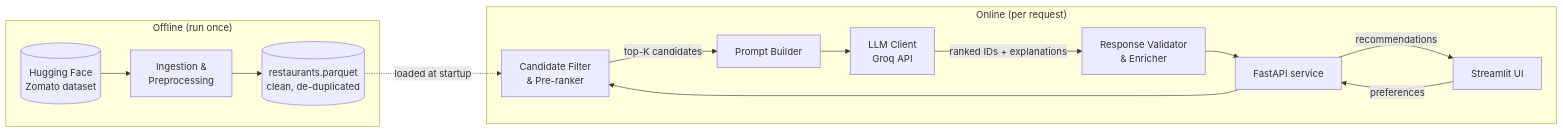
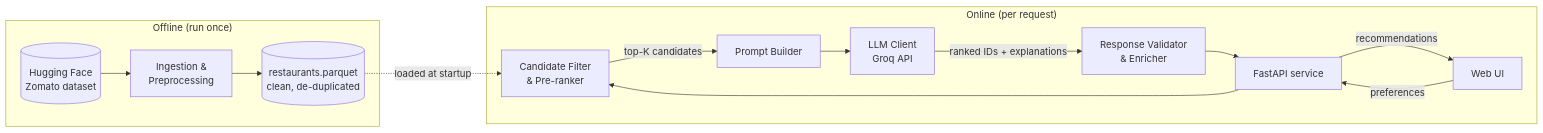
Before and after one commit to akashtickoo/ZomatoPoc: the first of 2 diagrams in docs/architecture.md, drawn with Mermaid. The commit also changed other lines of this file and 25 other files, not shown here.

````diff
--- a/docs/architecture.md
+++ b/docs/architecture.md
@@ -59,18 +59,18 @@
 ```mermaid
 flowchart LR
     subgraph Offline["Offline (run once)"]
         HF[(Hugging Face<br/>Zomato dataset)] --> ING[Ingestion &<br/>Preprocessing]
         ING --> PQ[(restaurants.parquet<br/>clean, de-duplicated)]
     end
 
     subgraph Online["Online (per request)"]
-        UI[Streamlit UI] -->|preferences| API[FastAPI service]
+        UI[Web UI] -->|preferences| API[FastAPI service]
         API --> FIL[Candidate Filter<br/>& Pre-ranker]
         PQ -.loaded at startup.-> FIL
         FIL -->|top-K candidates| PB[Prompt Builder]
         PB --> LLM[LLM Client<br/>Groq API]
         LLM -->|ranked IDs + explanations| VAL[Response Validator<br/>& Enricher]
         VAL --> API
         API -->|recommendations| UI
     end
 ```
````
